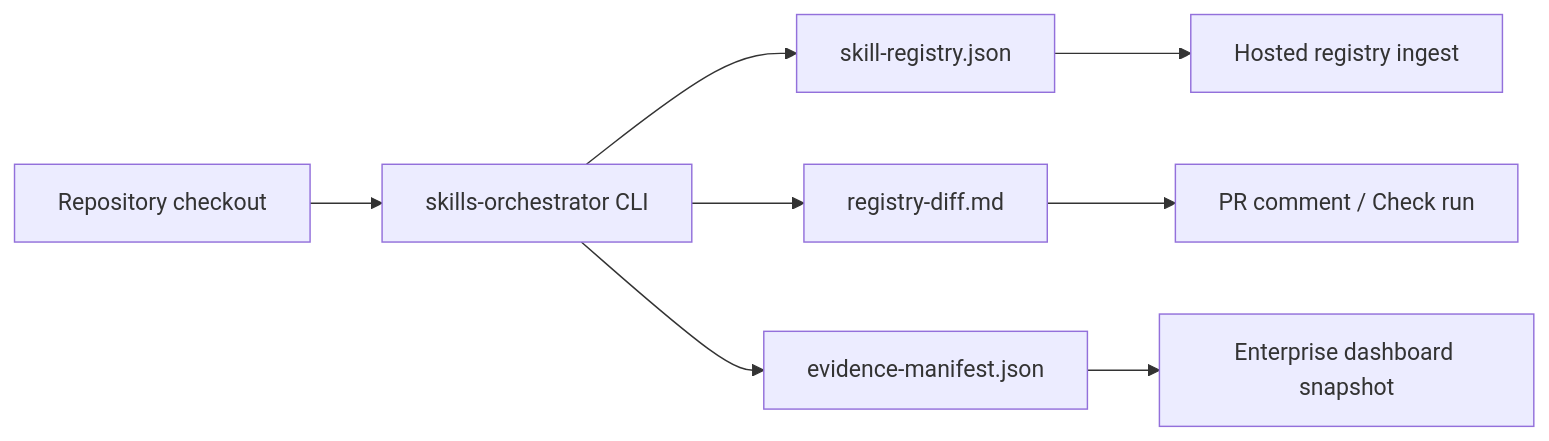
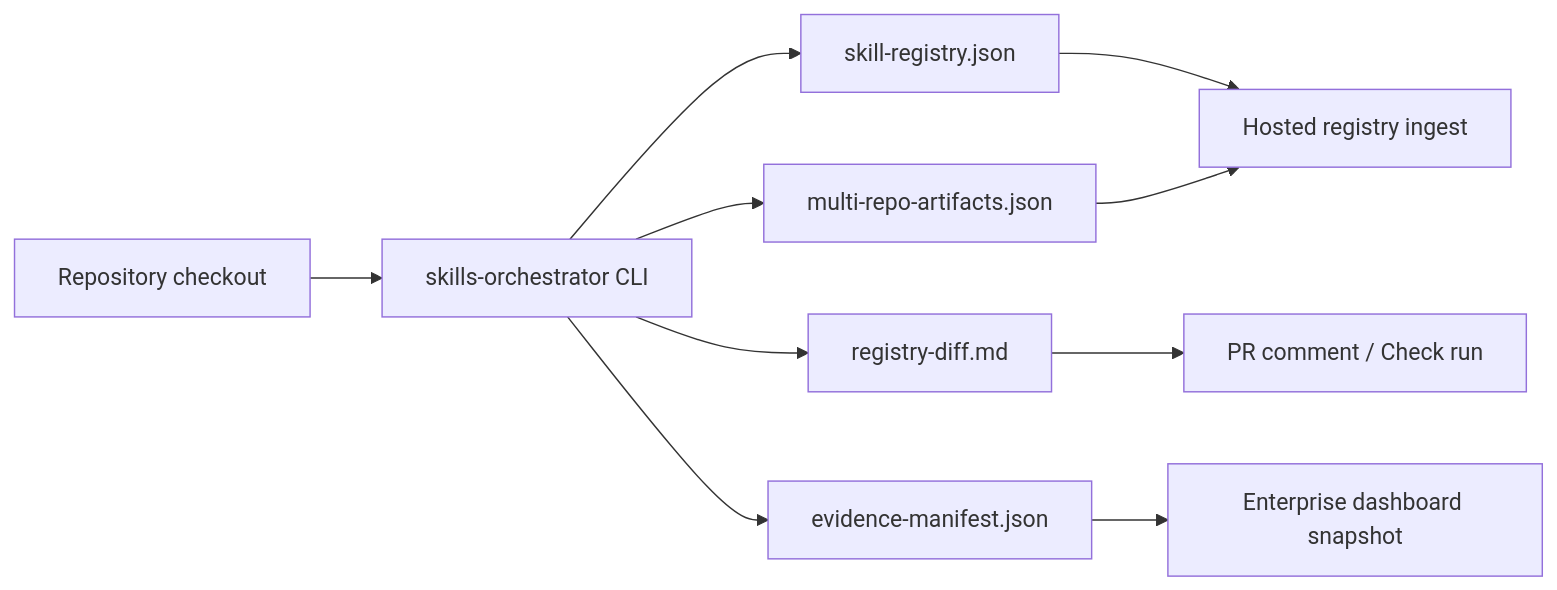
The diagram in docs/github-app.md (BambooGap/skills-orchestrator), drawn with Mermaid before and after one commit. The commit also changed other lines of this file and 27 other files, not shown here.

````diff
--- a/docs/github-app.md
+++ b/docs/github-app.md
@@ -30,10 +31,12 @@
 ```mermaid
 flowchart LR
   A["Repository checkout"] --> B["skills-orchestrator CLI"]
   B --> C["skill-registry.json"]
   B --> D["registry-diff.md"]
   B --> E["evidence-manifest.json"]
+  B --> I["multi-repo-artifacts.json"]
   C --> F["Hosted registry ingest"]
   D --> G["PR comment / Check run"]
   E --> H["Enterprise dashboard snapshot"]
+  I --> F
 ```
````
